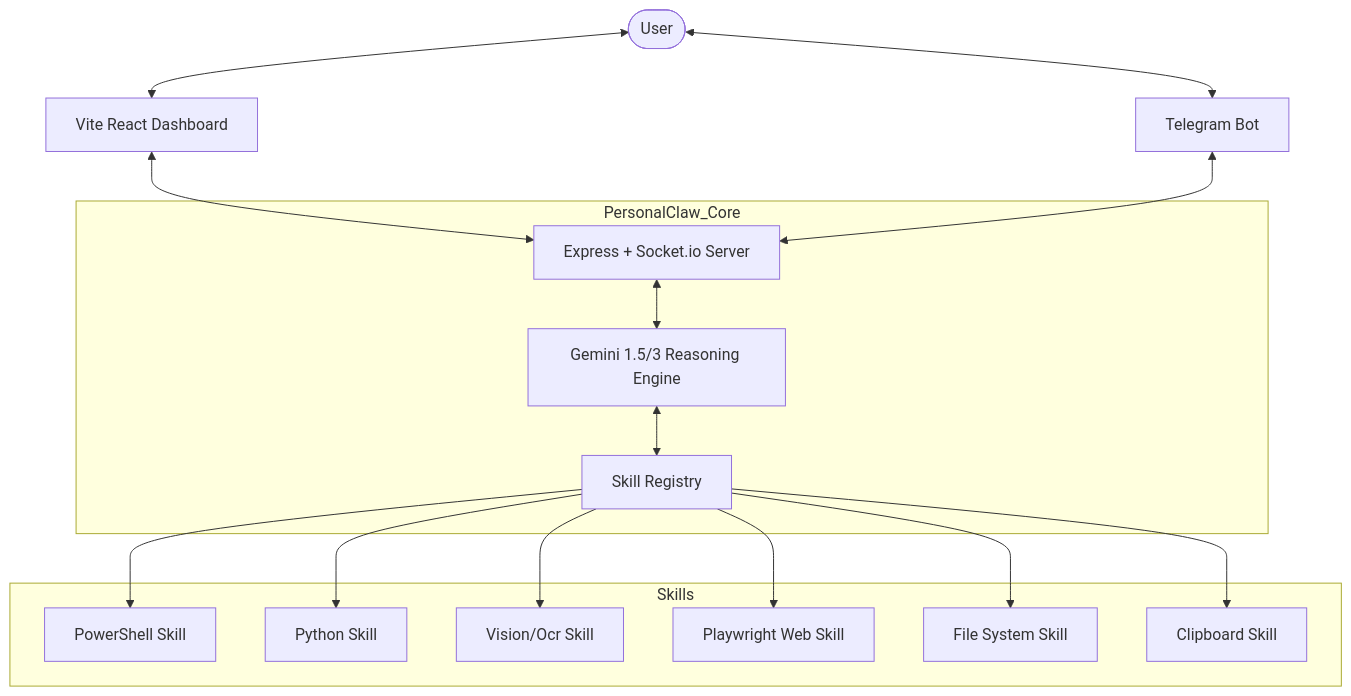
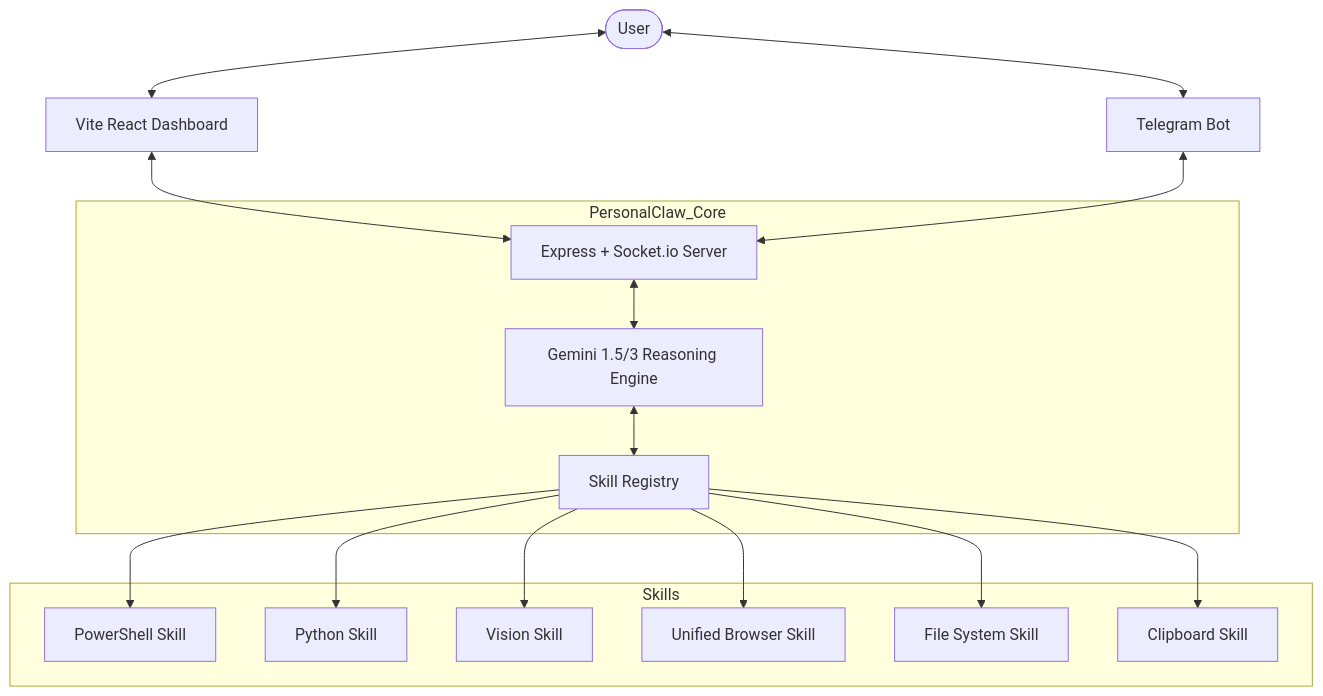
Before and after one commit to sagarkalra-tech/PersonalClaw: the diagram in docs/codebase_documentation.md, drawn with Mermaid. The commit also changed other lines of this file and 34 other files, not shown here.

First line of the commit message:
v1.14.1: Fix Paperclip integration + unified browser skill

````diff
--- a/docs/codebase_documentation.md
+++ b/docs/codebase_documentation.md
@@ -11,25 +11,25 @@
 ```mermaid
 graph TD
     User([User]) <--> Dashboard[Vite React Dashboard]
     User <--> Telegram[Telegram Bot]
     
     subgraph PersonalClaw_Core
         Server[Express + Socket.io Server]
         Brain[Gemini 1.5/3 Reasoning Engine]
         Registry[Skill Registry]
     end
     
     Dashboard <--> Server
     Telegram <--> Server
     Server <--> Brain
     Brain <--> Registry
     
     subgraph Skills
         Registry --> PowerShell[PowerShell Skill]
         Registry --> Python[Python Skill]
-        Registry --> Vision[Vision/Ocr Skill]
-        Registry --> Web[Playwright Web Skill]
+        Registry --> Vision[Vision Skill]
+        Registry --> Browser[Unified Browser Skill]
         Registry --> File[File System Skill]
         Registry --> Clip[Clipboard Skill]
     end
 ```
````
